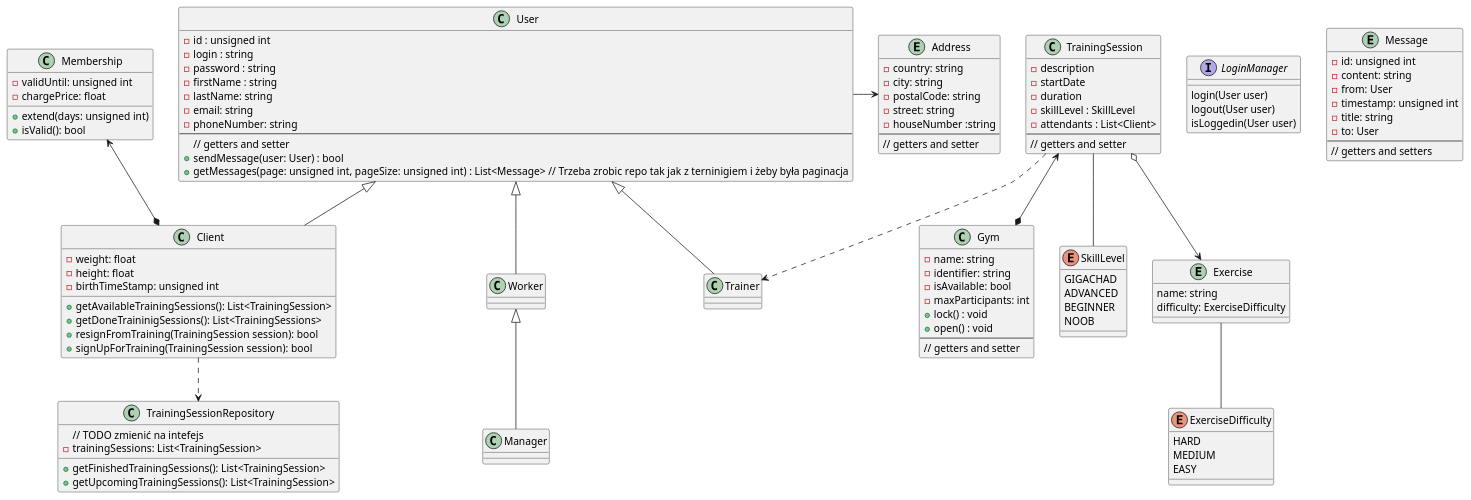
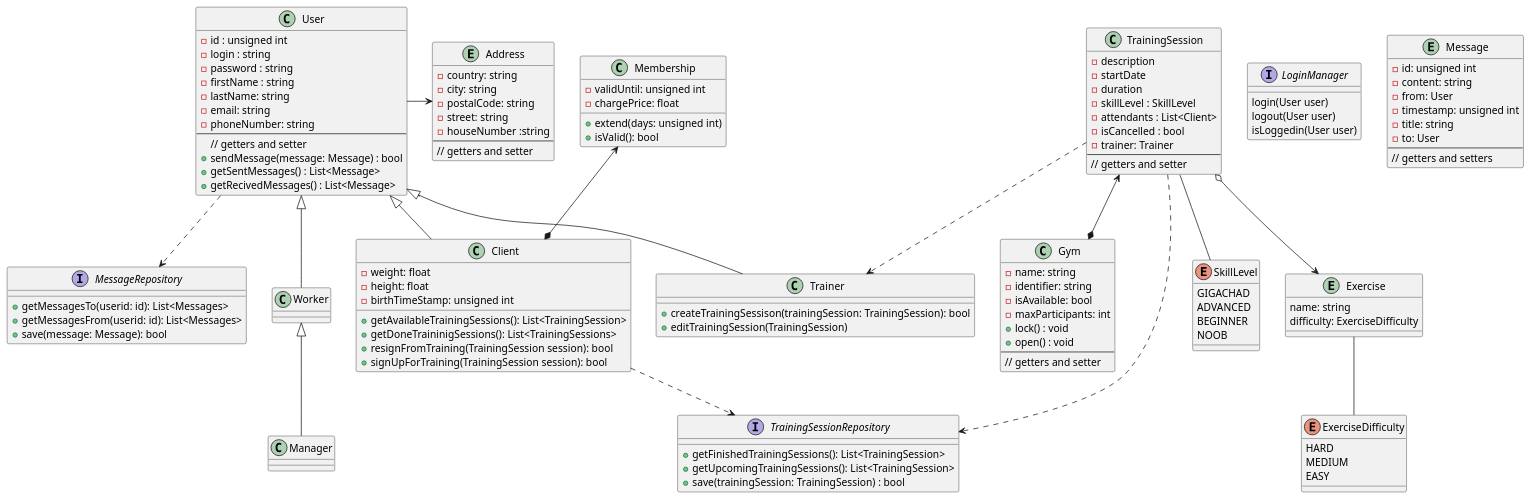
One commit to filip-stepien/software-engineering-lab changed the diagram in src/class_diagram/class_diagram.puml. Above: the diagram before and after it, drawn with PlantUML.

Commit message:
more pain

```diff
--- a/src/class_diagram/class_diagram.puml
+++ b/src/class_diagram/class_diagram.puml
@@ -1,128 +1,143 @@
 @startuml
 
 interface LoginManager{
     login(User user)
     logout(User user)
     isLoggedin(User user)
 }
 
 entity Address {
   - country: string
   - city: string
   - postalCode: string
   - street: string
   - houseNumber :string
   --
   // getters and setter
 }
 
 entity Message{
     - id: unsigned int
     - content: string
     - from: User
     - timestamp: unsigned int
     - title: string
     - to: User
     --
     // getters and setters
 }
 
+interface MessageRepository{
+  + getMessagesTo(userid: id): List<Messages>
+  + getMessagesFrom(userid: id): List<Messages>
+  + save(message: Message): bool
+}
+
+User -.> MessageRepository
+
 class User {
   - id : unsigned int
   - login : string
   - password : string
   - firstName : string
   - lastName: string
   - email: string
   - phoneNumber: string
   --
   // getters and setter
-  + sendMessage(user: User) : bool
-  + getMessages(page: unsigned int, pageSize: unsigned int) : List<Message> // Trzeba zrobic repo tak jak z terninigiem i żeby była paginacja
+  + sendMessage(message: Message) : bool
+  + getSentMessages() : List<Message>
+  + getRecivedMessages() : List<Message> 
 }
 
 class Membership {
   - validUntil: unsigned int
   - chargePrice: float
   + extend(days: unsigned int)
   + isValid(): bool
 }
 
 class Gym {
   - name: string
   - identifier: string
   - isAvailable: bool
   - maxParticipants: int
   + lock() : void
   + open() : void
   --
   // getters and setter
 }
 
 class TrainingSession {
   - description
   - startDate
   - duration
   - skillLevel : SkillLevel
   - attendants : List<Client>
+  - isCancelled : bool
+  - trainer: Trainer
   --
   // getters and setter
 }
 
-class TrainingSessionRepository {
-    // TODO zmienić na intefejs
-    - trainingSessions: List<TrainingSession>
-
+interface TrainingSessionRepository {
     + getFinishedTrainingSessions(): List<TrainingSession>
     + getUpcomingTrainingSessions(): List<TrainingSession>
+    + save(trainingSession: TrainingSession) : bool
 }
 
+class Trainer{
+  + createTrainingSessison(trainingSession: TrainingSession): bool
+  + editTrainingSession(TrainingSession)
+}
+
+TrainingSession -.> TrainingSessionRepository
 
 TrainingSession -.> Trainer
 TrainingSession <--* Gym
 
 TrainingSession -- SkillLevel
 
 enum SkillLevel{
     GIGACHAD
     ADVANCED
     BEGINNER
     NOOB
 }
 
 enum ExerciseDifficulty{
     HARD
     MEDIUM
     EASY
 }
 
 entity Exercise{
     name: string
     difficulty: ExerciseDifficulty
 }
 
 Exercise -- ExerciseDifficulty
 
 TrainingSession o--> Exercise
 
 class Client {
     - weight: float
     - height: float
     - birthTimeStamp: unsigned int
     + getAvailableTrainingSessions(): List<TrainingSession>
     + getDoneTraininigSessions(): List<TrainingSessions>
     + resignFromTraining(TrainingSession session): bool
     + signUpForTraining(TrainingSession session): bool
 }
 Client -.> TrainingSessionRepository
 
 
 Membership <--* Client
 User -> Address
 
 User <|-- Client
 Worker <|-- Manager
 User <|-- Trainer
 User <|-- Worker
 
 @enduml
```
